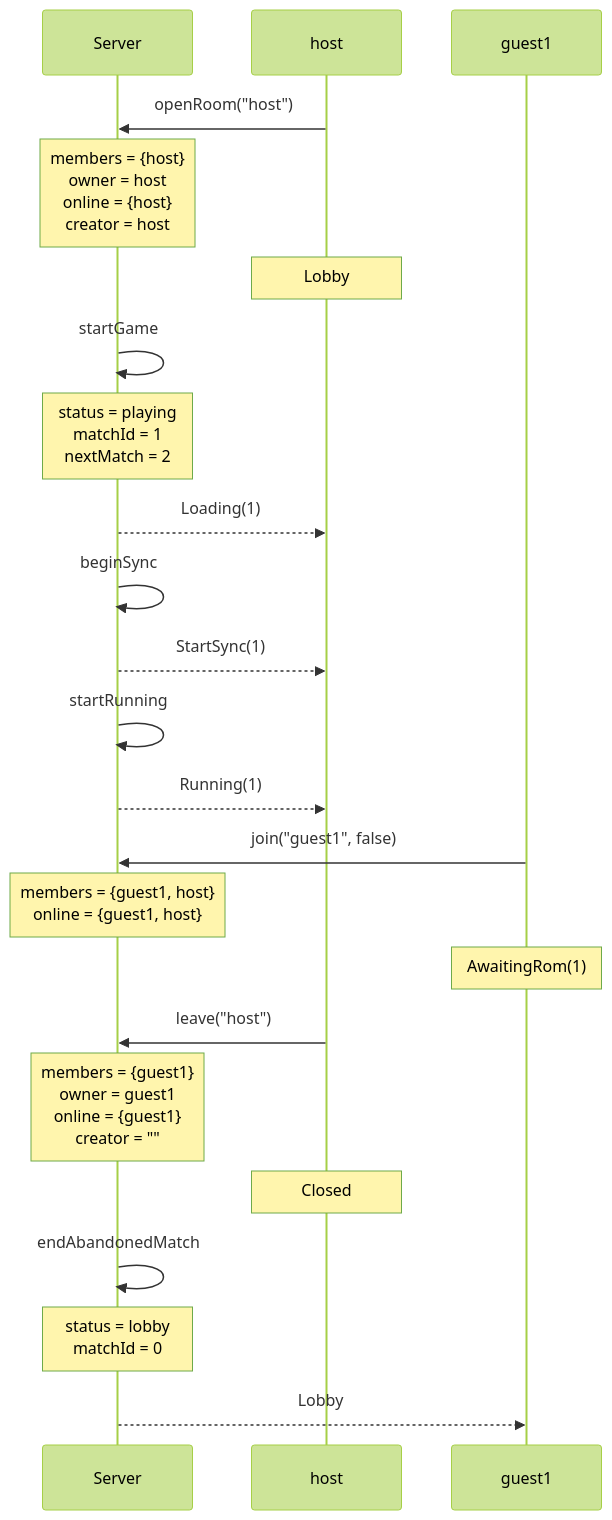
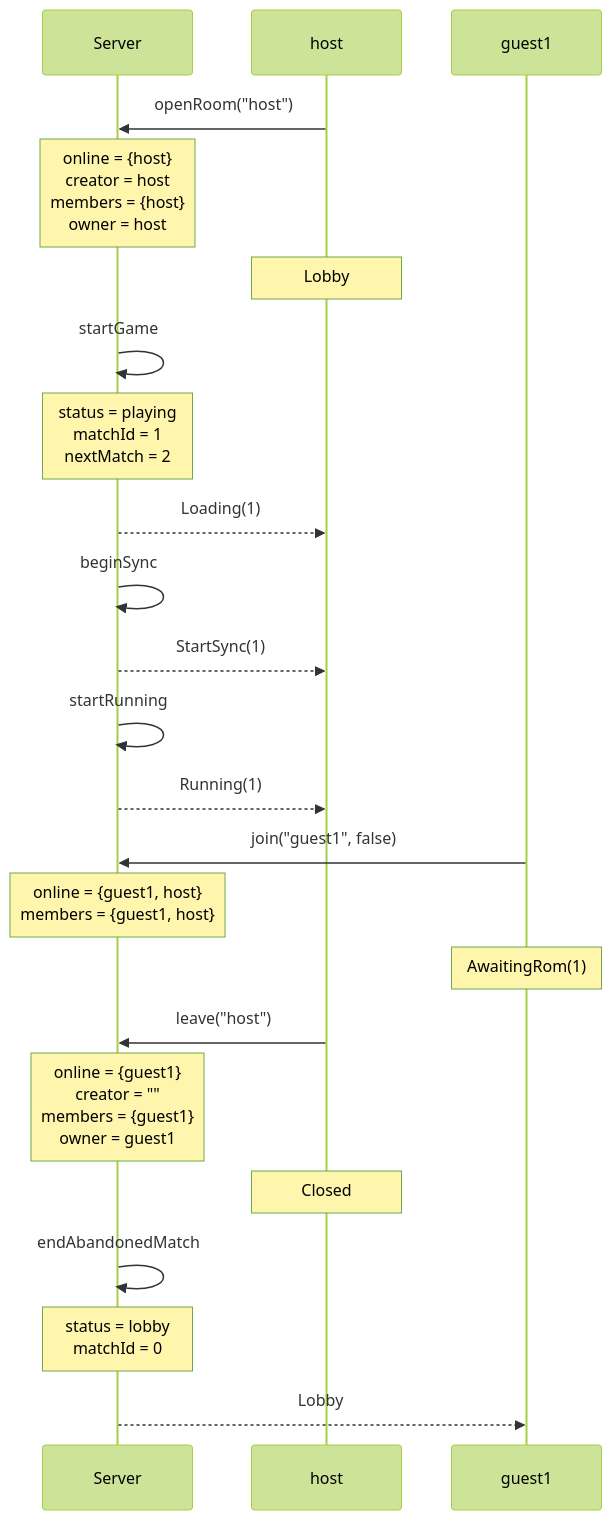
Before and after one commit to kwilson21/kaillera-next: the ninth of 29 diagrams in docs/spec-traces.md, drawn with Mermaid (forest theme). The commit also changed other lines of this file and 15 other files, not shown here.

````diff
--- a/docs/spec-traces.md
+++ b/docs/spec-traces.md
@@ -206,25 +206,25 @@
 ```mermaid
 sequenceDiagram
   participant Server
   participant host
   participant guest1
   host->>Server: openRoom("host")
-  Note over Server: members = {host}<br/>owner = host<br/>online = {host}<br/>creator = host
+  Note over Server: online = {host}<br/>creator = host<br/>members = {host}<br/>owner = host
   Note over host: Lobby
   Server->>Server: startGame
   Note over Server: status = playing<br/>matchId = 1<br/>nextMatch = 2
   Server-->>host: Loading(1)
   Server->>Server: beginSync
   Server-->>host: StartSync(1)
   Server->>Server: startRunning
   Server-->>host: Running(1)
   guest1->>Server: join("guest1", false)
-  Note over Server: members = {guest1, host}<br/>online = {guest1, host}
+  Note over Server: online = {guest1, host}<br/>members = {guest1, host}
   Note over guest1: AwaitingRom(1)
   host->>Server: leave("host")
-  Note over Server: members = {guest1}<br/>owner = guest1<br/>online = {guest1}<br/>creator = ""
+  Note over Server: online = {guest1}<br/>creator = ""<br/>members = {guest1}<br/>owner = guest1
   Note over host: Closed
   Server->>Server: endAbandonedMatch
   Note over Server: status = lobby<br/>matchId = 0
   Server-->>guest1: Lobby
 ```
````
